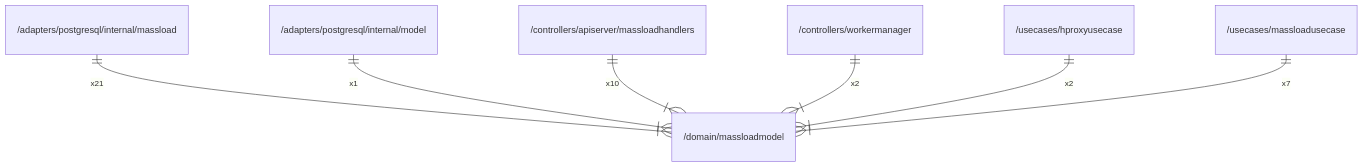
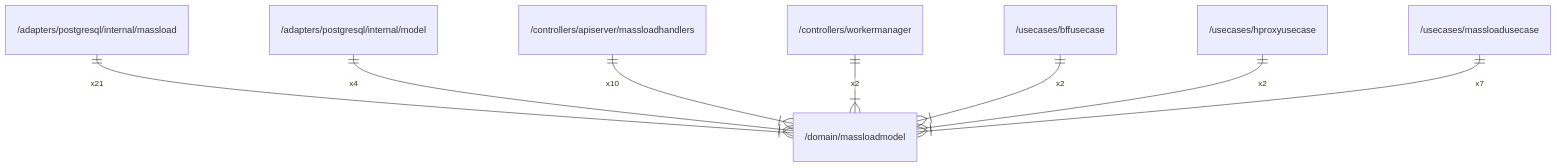
One commit to gbh007/hgraber-next changed the diagram in docs/arch/domain/massloadmodel.md. Above: the diagram before and after it, drawn with Mermaid. The commit also changed other lines of this file and 98 other files, not shown here.

````diff
--- a/docs/arch/domain/massloadmodel.md
+++ b/docs/arch/domain/massloadmodel.md
@@ -23,9 +26,10 @@
 ```mermaid
 erDiagram
     "/adapters/postgresql/internal/massload" ||--|{ "/domain/massloadmodel" : x21
-    "/adapters/postgresql/internal/model" ||--|{ "/domain/massloadmodel" : x1
+    "/adapters/postgresql/internal/model" ||--|{ "/domain/massloadmodel" : x4
     "/controllers/apiserver/massloadhandlers" ||--|{ "/domain/massloadmodel" : x10
     "/controllers/workermanager" ||--|{ "/domain/massloadmodel" : x2
+    "/usecases/bffusecase" ||--|{ "/domain/massloadmodel" : x2
     "/usecases/hproxyusecase" ||--|{ "/domain/massloadmodel" : x2
     "/usecases/massloadusecase" ||--|{ "/domain/massloadmodel" : x7
 ```
````
